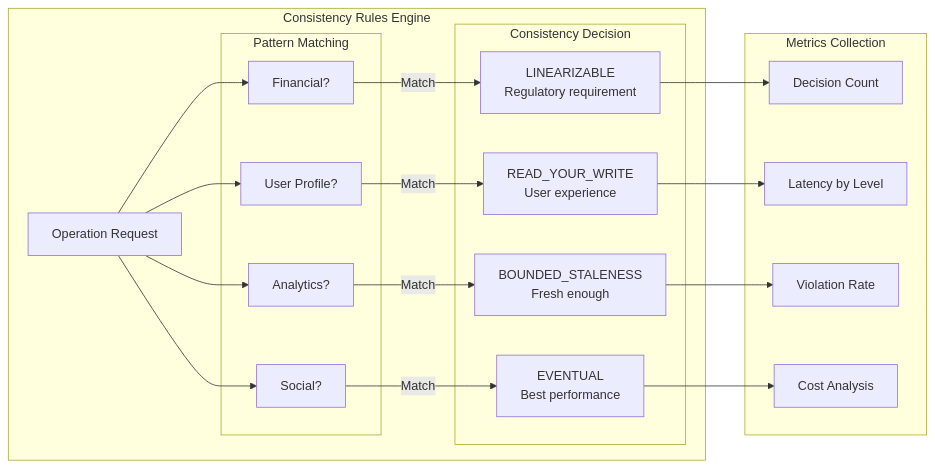
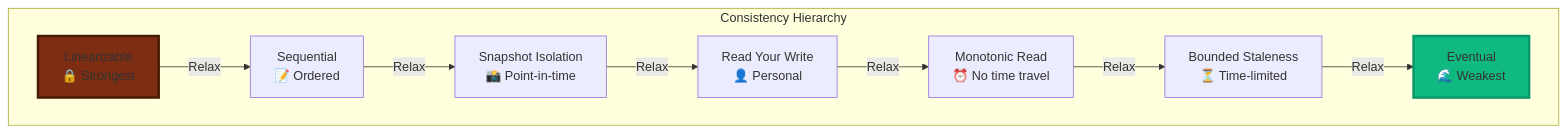
The sixth of 30 diagrams in docs/pattern-library/data-management/tunable-consistency.md (deepaucksharma/DStudio), drawn with Mermaid before and after one commit. The commit also changed other lines of this file and 191 other files, not shown here.

````diff
--- a/docs/pattern-library/data-management/tunable-consistency.md
+++ b/docs/pattern-library/data-management/tunable-consistency.md
@@ -184,42 +210,22 @@
 ```mermaid
-flowchart LR
-    subgraph "Consistency Rules Engine"
-        Op[Operation Request]
+graph TD
+    subgraph "Consistency Hierarchy"
+        L[Linearizable<br/>🔒 Strongest]
+        S[Sequential<br/>📝 Ordered]
+        SI[Snapshot Isolation<br/>📸 Point-in-time]
+        RYW[Read Your Write<br/>👤 Personal]
+        MR[Monotonic Read<br/>⏰ No time travel]
+        BS[Bounded Staleness<br/>⏳ Time-limited]
+        E[Eventual<br/>🌊 Weakest]
         
-        subgraph "Pattern Matching"
-            F[Financial?]
-            U[User Profile?]
-            A[Analytics?]
-            S[Social?]
-        end
-        
-        subgraph "Consistency Decision"
-            CL[LINEARIZABLE<br/>Regulatory requirement]
-            RYW[READ_YOUR_WRITE<br/>User experience]
-            BS[BOUNDED_STALENESS<br/>Fresh enough]
-            EV[EVENTUAL<br/>Best performance]
-        end
-        
-        Op --> F
-        Op --> U
-        Op --> A
-        Op --> S
-        
-        F -->|Match| CL
-        U -->|Match| RYW
-        A -->|Match| BS
-        S -->|Match| EV
+        L -->|Relax| S
+        S -->|Relax| SI
+        SI -->|Relax| RYW
+        RYW -->|Relax| MR
+        MR -->|Relax| BS
+        BS -->|Relax| E
     end
     
-    subgraph "Metrics Collection"
-        M1[Decision Count]
-        M2[Latency by Level]
-        M3[Violation Rate]
-        M4[Cost Analysis]
-    end
-    
-    CL --> M1
-    RYW --> M2
-    BS --> M3
-    EV --> M4
+    style L fill:#7c2d12,stroke:#451a03,stroke-width:3px
+    style E fill:#10b981,stroke:#059669,stroke-width:3px
 ```
````
